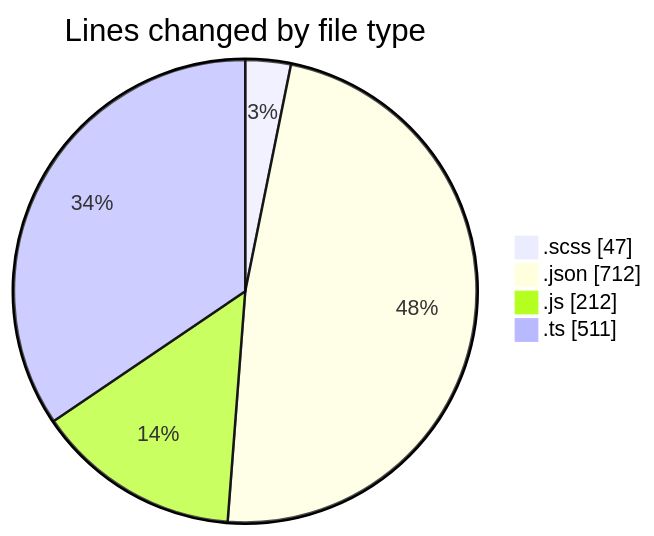
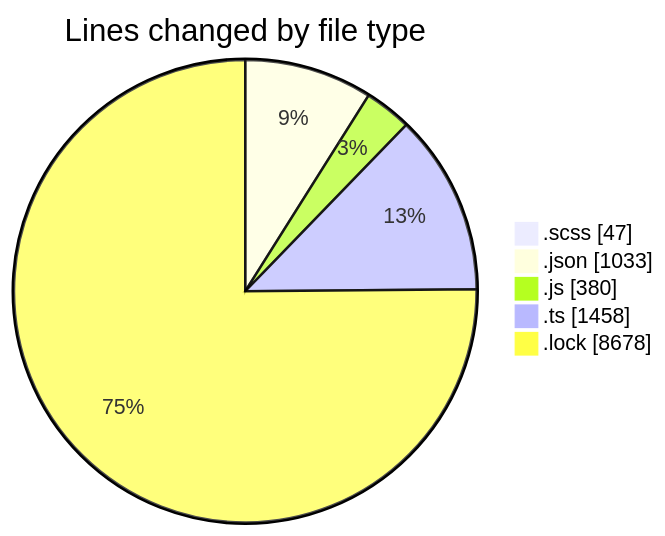
Before and after one commit to momahboobian/code-tracking: the first of 2 diagrams in 2026-04-21/cda/README.md, drawn with Mermaid. The commit also changed other lines of this file and 1 other file, not shown here.

````diff
--- a/2026-04-21/cda/README.md
+++ b/2026-04-21/cda/README.md
@@ -29,8 +43,9 @@
 ```mermaid
 pie showData
 title Lines changed by file type
 ".scss" : 47
-".json" : 712
-".js" : 212
-".ts" : 511
+".json" : 1033
+".js" : 380
+".ts" : 1458
+".lock" : 8678
 ```
````
